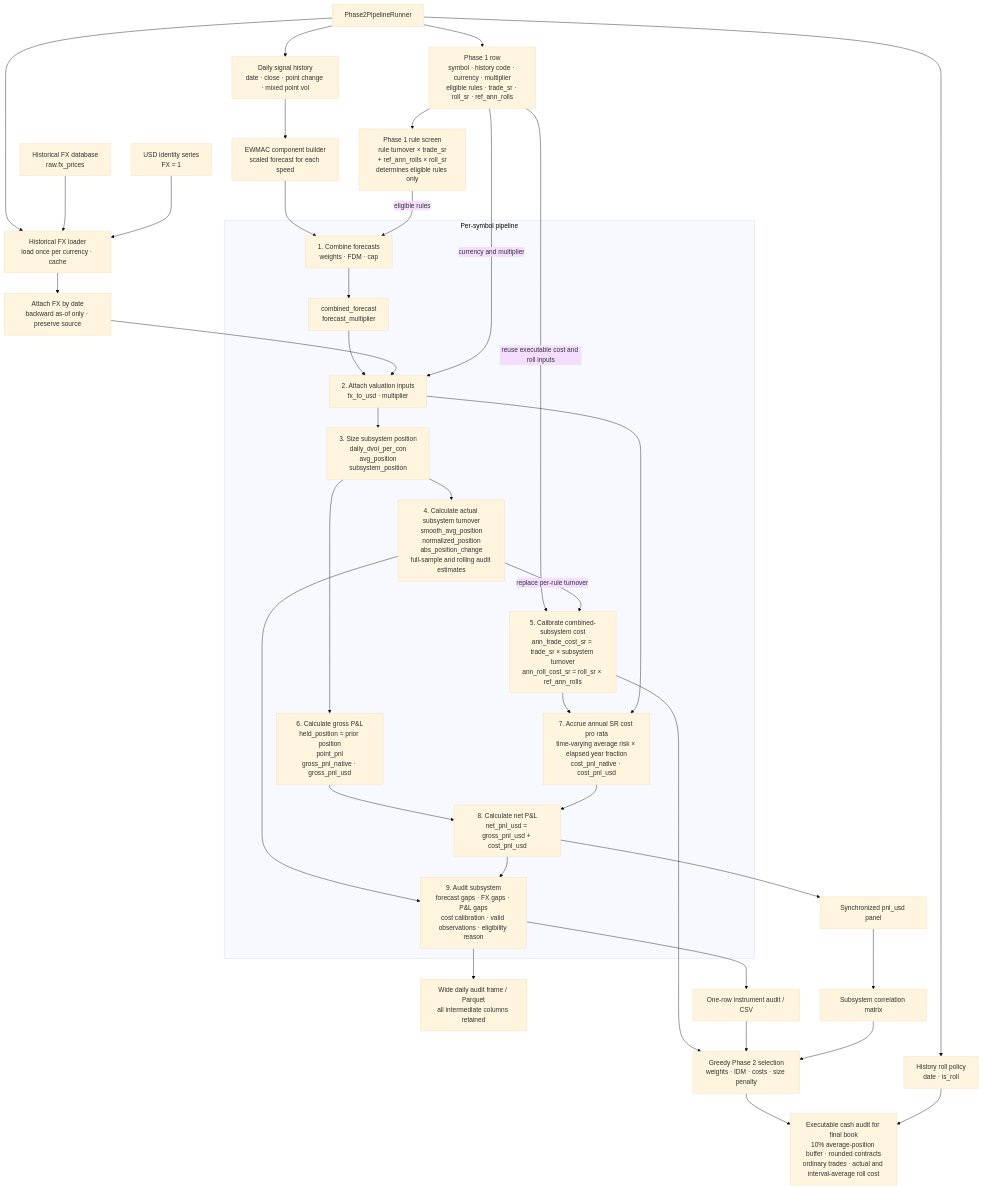
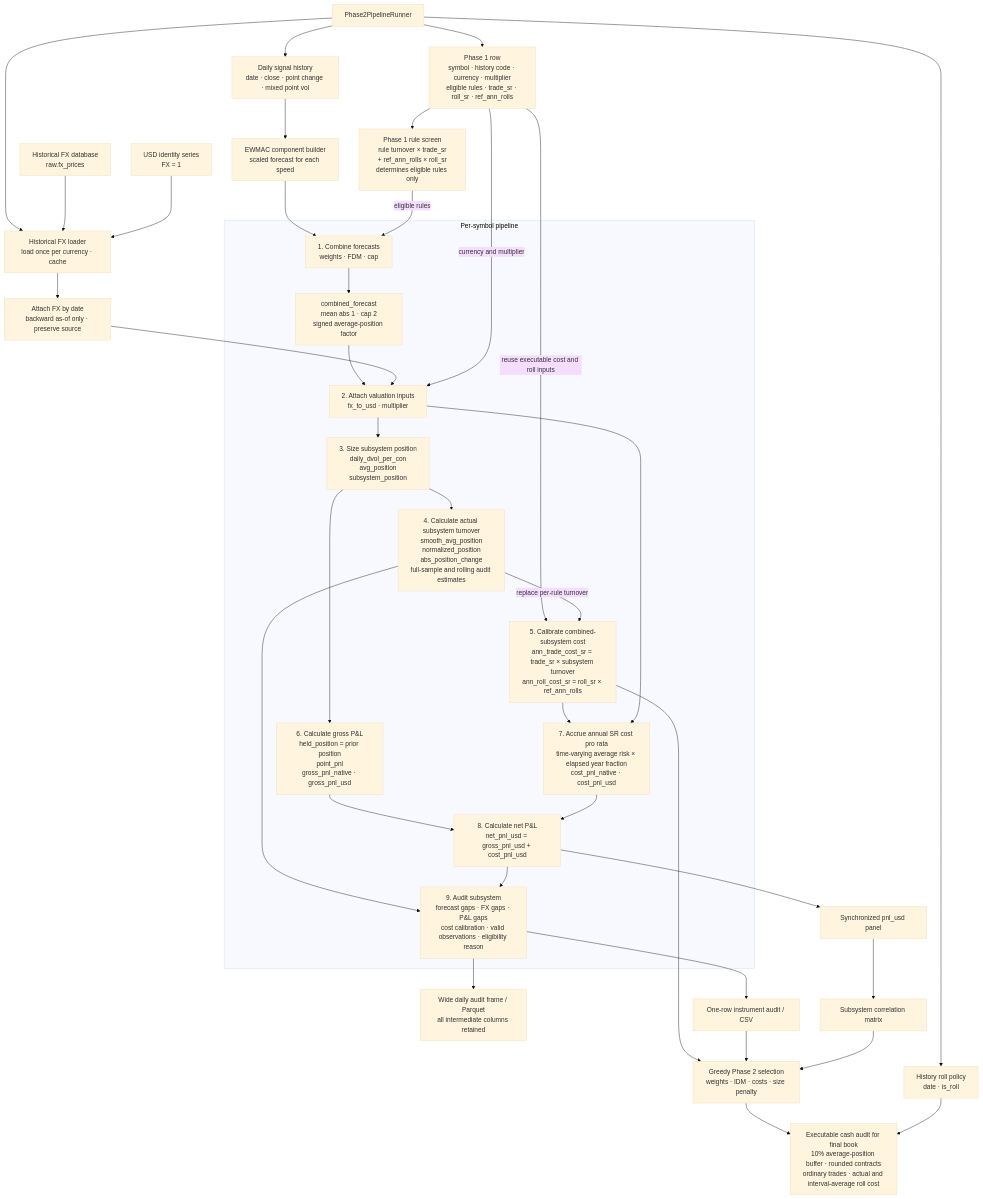
The diagram in research/pysystemtrade-instrument-selection.md (ericlief/derivatives-bt-engine), drawn with Mermaid (base theme) before and after one commit. The commit also changed other lines of this file and 11 other files, not shown here.

First line of the commit message:
Simplify EWMAC forecast position scale

```diff
--- a/research/pysystemtrade-instrument-selection.md
+++ b/research/pysystemtrade-instrument-selection.md
@@ -596,7 +597,7 @@
 
     subgraph PerSymbol["Per-symbol pipeline"]
         Combine["1. Combine forecasts<br/>weights · FDM · cap"]
-        ForecastFrame["combined_forecast<br/>forecast_multiplier"]
+        ForecastFrame["combined_forecast<br/>mean abs 1 · cap 2<br/>signed average-position factor"]
 
         Valuation["2. Attach valuation inputs<br/>fx_to_usd · multiplier"]
 
```
